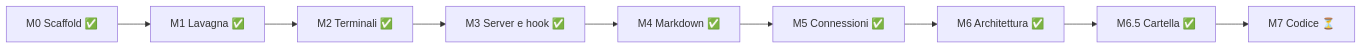
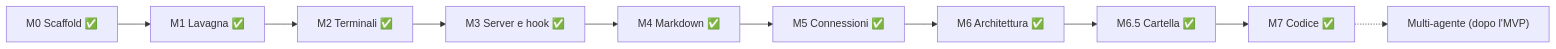
Diagram 17 of 17 in ARCHITECTURE.md (Marco-Pagnanini/OpenPlancia), drawn with Mermaid before and after one commit. The commit also changed other lines of this file and 20 other files, not shown here.

````diff
--- a/ARCHITECTURE.md
+++ b/ARCHITECTURE.md
@@ -688,5 +740,5 @@
 ```mermaid
 flowchart LR
   M0["M0 Scaffold ✅"] --> M1["M1 Lavagna ✅"] --> M2["M2 Terminali ✅"] --> M3["M3 Server e hook ✅"]
-  M3 --> M4["M4 Markdown ✅"] --> M5["M5 Connessioni ✅"] --> M6["M6 Architettura ✅"] --> M65["M6.5 Cartella ✅"] --> M7["M7 Codice ⏳"]
+  M3 --> M4["M4 Markdown ✅"] --> M5["M5 Connessioni ✅"] --> M6["M6 Architettura ✅"] --> M65["M6.5 Cartella ✅"] --> M7["M7 Codice ✅"] -.-> M8["Multi-agente (dopo l'MVP)"]
 ```
````
